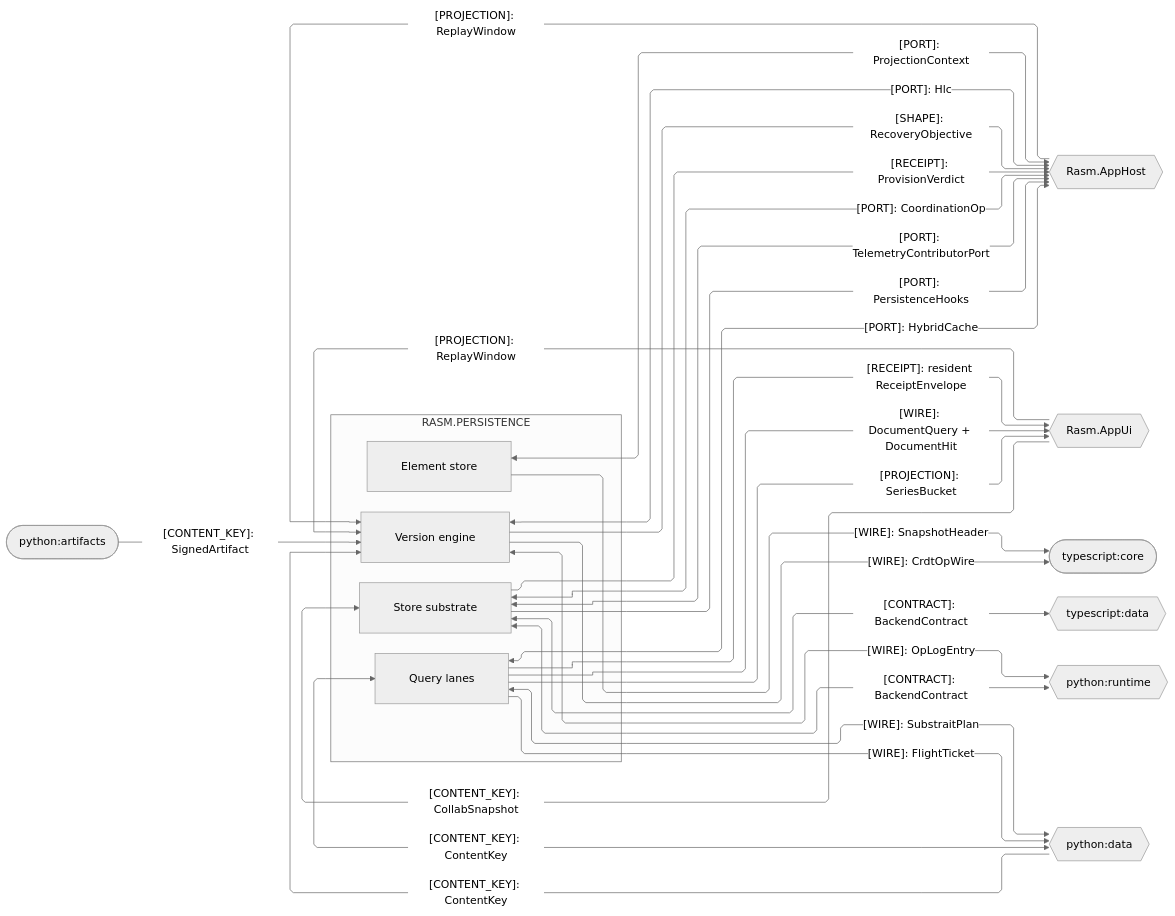
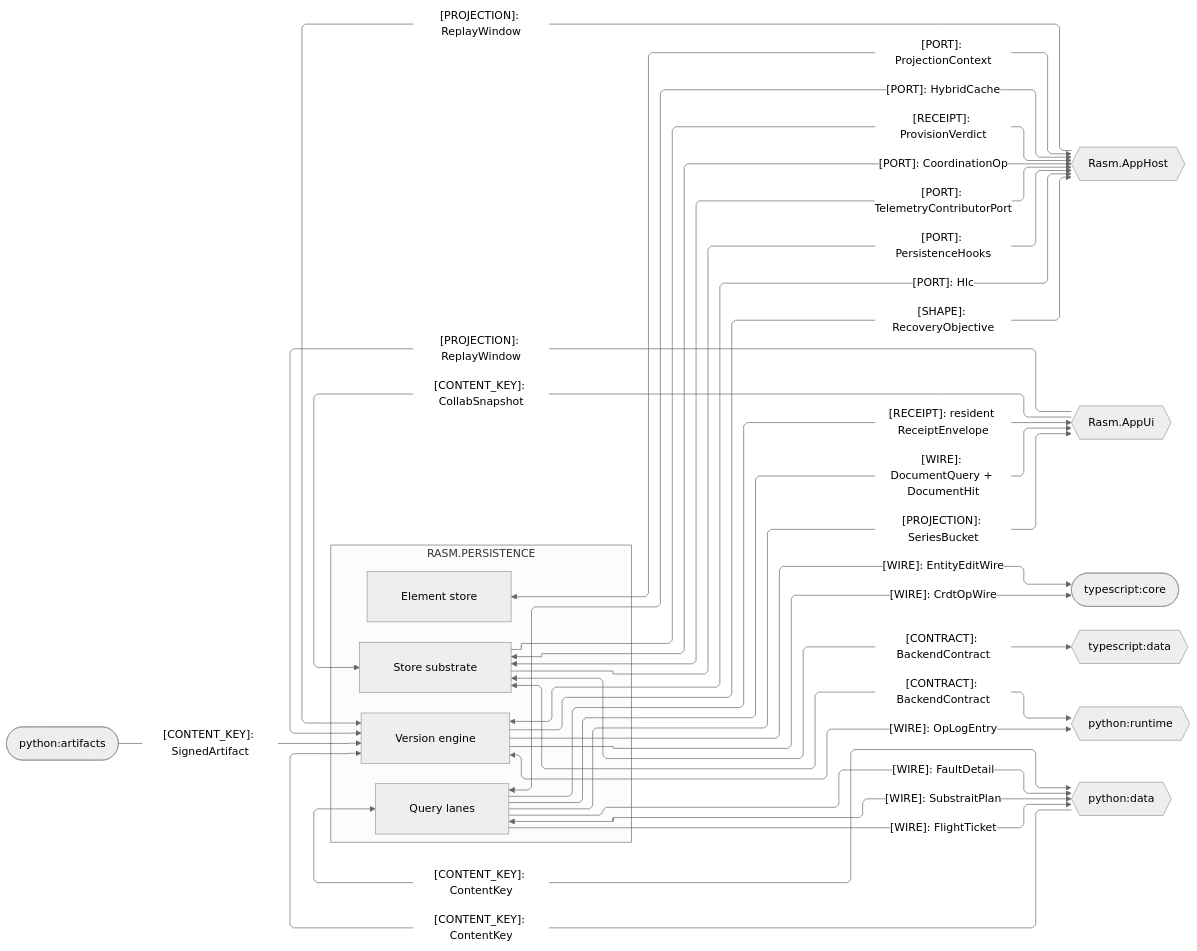
The third of 4 diagrams in libs/csharp/Rasm.Persistence/ARCHITECTURE.md (bsamiee/Rasm), drawn with Mermaid (neutral theme) before and after one commit. The commit also changed other lines of this file and 820 other files, not shown here.

````diff
--- a/libs/csharp/Rasm.Persistence/ARCHITECTURE.md
+++ b/libs/csharp/Rasm.Persistence/ARCHITECTURE.md
@@ -165,49 +168,50 @@
 ```mermaid
 ---
 config:
   layout: elk
   flowchart:
     curve: linear
     padding: 25
 ---
 flowchart LR
     accTitle: Persistence platform and cross-runtime seams
     accDescr: Which ports, wires, projections, and keys cross between Persistence's owners, the app platform, and the runtime peers.
     subgraph persistence[RASM.PERSISTENCE]
         Element[Element store]
         Version[Version engine]
         Query[Query lanes]
         Store[Store substrate]
     end
     AppHost{{Rasm.AppHost}}
     AppUi{{Rasm.AppUi}}
     Core([typescript:core])
     TsData{{typescript:data}}
     Runtime{{python:runtime}}
     Data{{python:data}}
     Artifacts([python:artifacts])
-    Element e1@-->|"[WIRE]: SnapshotHeader"| Core
     Version e2@-->|"[WIRE]: CrdtOpWire"| Core
     Version e3@<-->|"[WIRE]: OpLogEntry"| Runtime
     Artifacts e4@-->|"[CONTENT_KEY]: SignedArtifact"| Version
     Data e5@-->|"[CONTENT_KEY]: ContentKey"| Version
     Query e6@<-->|"[WIRE]: SubstraitPlan"| Data
     Query e7@-->|"[WIRE]: FlightTicket"| Data
     Data e8@<-->|"[CONTENT_KEY]: ContentKey"| Query
     Element e9@<-->|"[PORT]: ProjectionContext"| AppHost
     Version e10@<-->|"[PORT]: Hlc"| AppHost
+    Version e25@-->|"[WIRE]: EntityEditWire"| Core
+    Query e26@-->|"[WIRE]: FaultDetail"| Data
     Query e11@-->|"[WIRE]: DocumentQuery + DocumentHit"| AppUi
     Query e12@-->|"[PROJECTION]: SeriesBucket"| AppUi
     Version e13@-->|"[SHAPE]: RecoveryObjective"| AppHost
     AppHost e14@-->|"[PROJECTION]: ReplayWindow"| Version
     Query e15@<-->|"[PORT]: HybridCache"| AppHost
     Store e16@<-->|"[PORT]: CoordinationOp"| AppHost
     Store e17@<-->|"[PORT]: TelemetryContributorPort"| AppHost
     Store e18@-->|"[PORT]: PersistenceHooks"| AppHost
     Store e19@-->|"[RECEIPT]: ProvisionVerdict"| AppHost
     Store e20@<-->|"[CONTRACT]: BackendContract"| Runtime
     Store e21@<-->|"[CONTRACT]: BackendContract"| TsData
     AppUi e22@-->|"[PROJECTION]: ReplayWindow"| Version
     AppUi e23@-->|"[CONTENT_KEY]: CollabSnapshot"| Store
     Query e24@-->|"[RECEIPT]: resident ReceiptEnvelope"| AppUi
 ```
````
